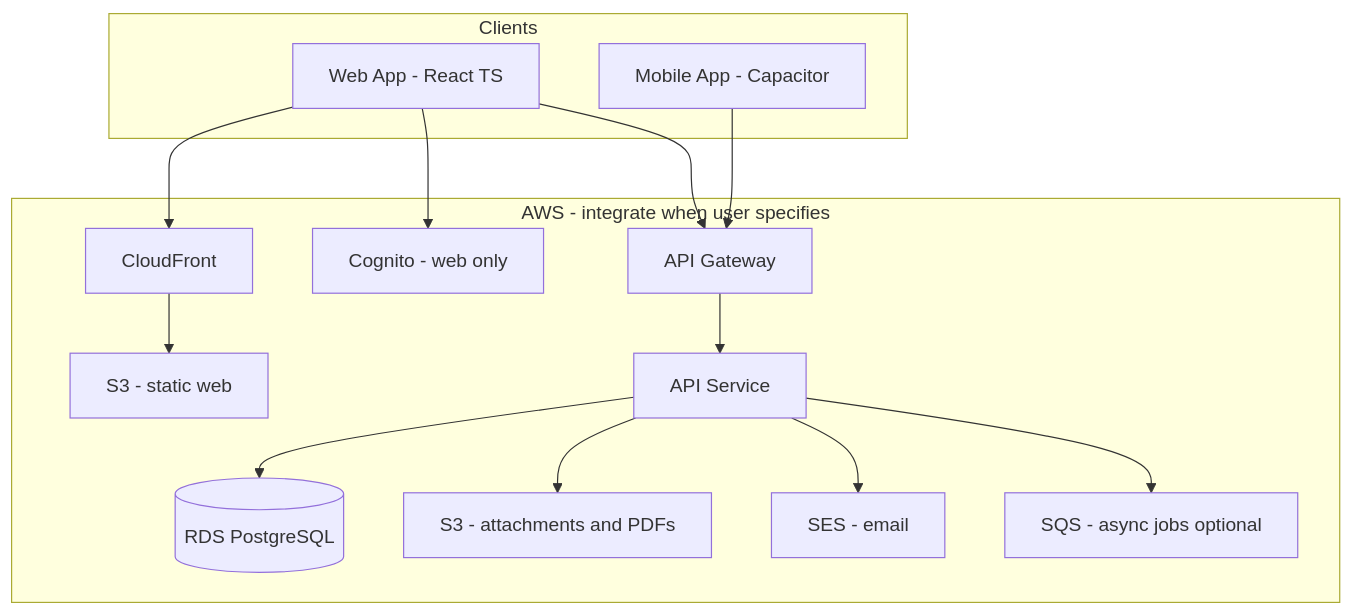
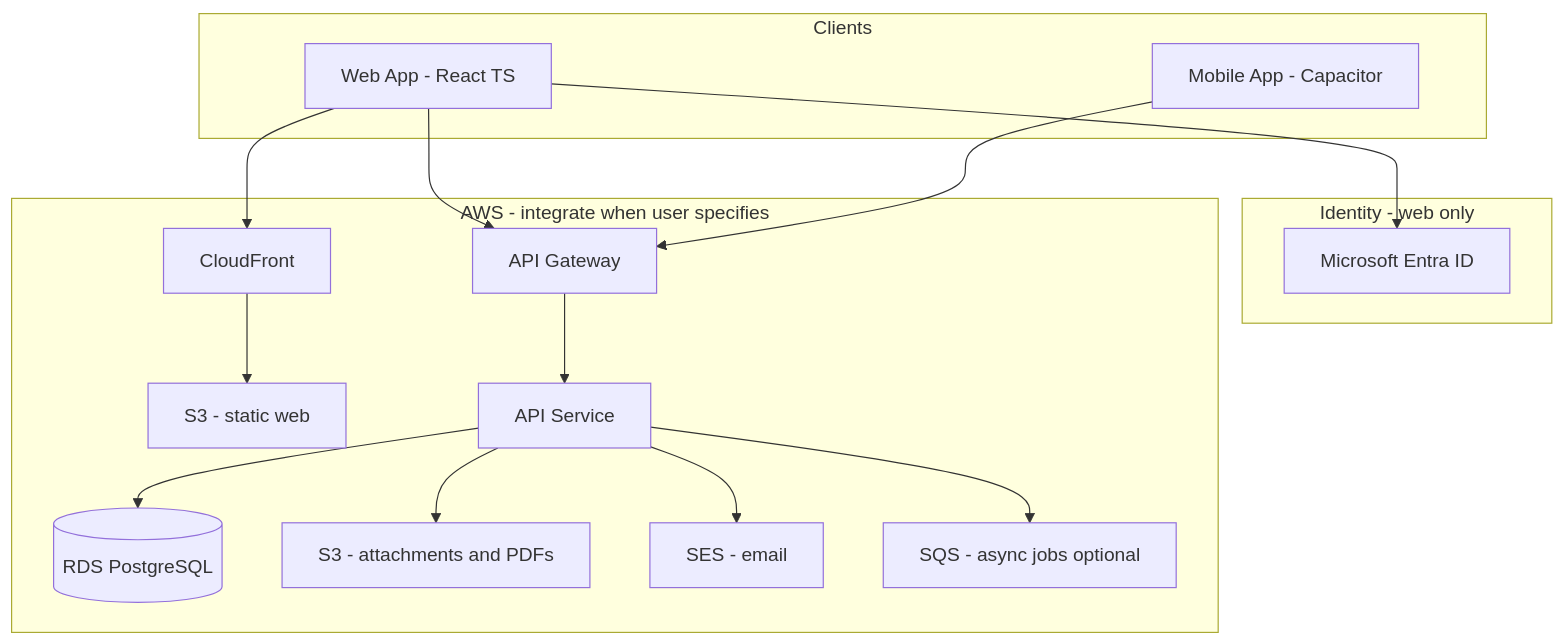
Before and after one commit to Thomas-QCD/Field: the first of 2 diagrams in docs/sdd.md, drawn with Mermaid. The commit also changed other lines of this file and 88 other files, not shown here.

````diff
--- a/docs/sdd.md
+++ b/docs/sdd.md
@@ -96,29 +96,32 @@
 ```mermaid
 flowchart TB
     subgraph clients [Clients]
         Web[Web App - React TS]
         Mobile[Mobile App - Capacitor]
     end
 
+    subgraph identity [Identity - web only]
+        Entra[Microsoft Entra ID]
+    end
+
     subgraph aws [AWS - integrate when user specifies]
         CF[CloudFront]
         S3Web[S3 - static web]
         APIGW[API Gateway]
         API[API Service]
-        Cognito[Cognito - web only]
         RDS[(RDS PostgreSQL)]
         S3Files[S3 - attachments and PDFs]
         SES[SES - email]
         SQS[SQS - async jobs optional]
     end
 
     Web --> CF --> S3Web
-    Web --> Cognito
+    Web --> Entra
     Web --> APIGW
     Mobile --> APIGW
     APIGW --> API
     API --> RDS
     API --> S3Files
     API --> SES
     API --> SQS
 ```
````
